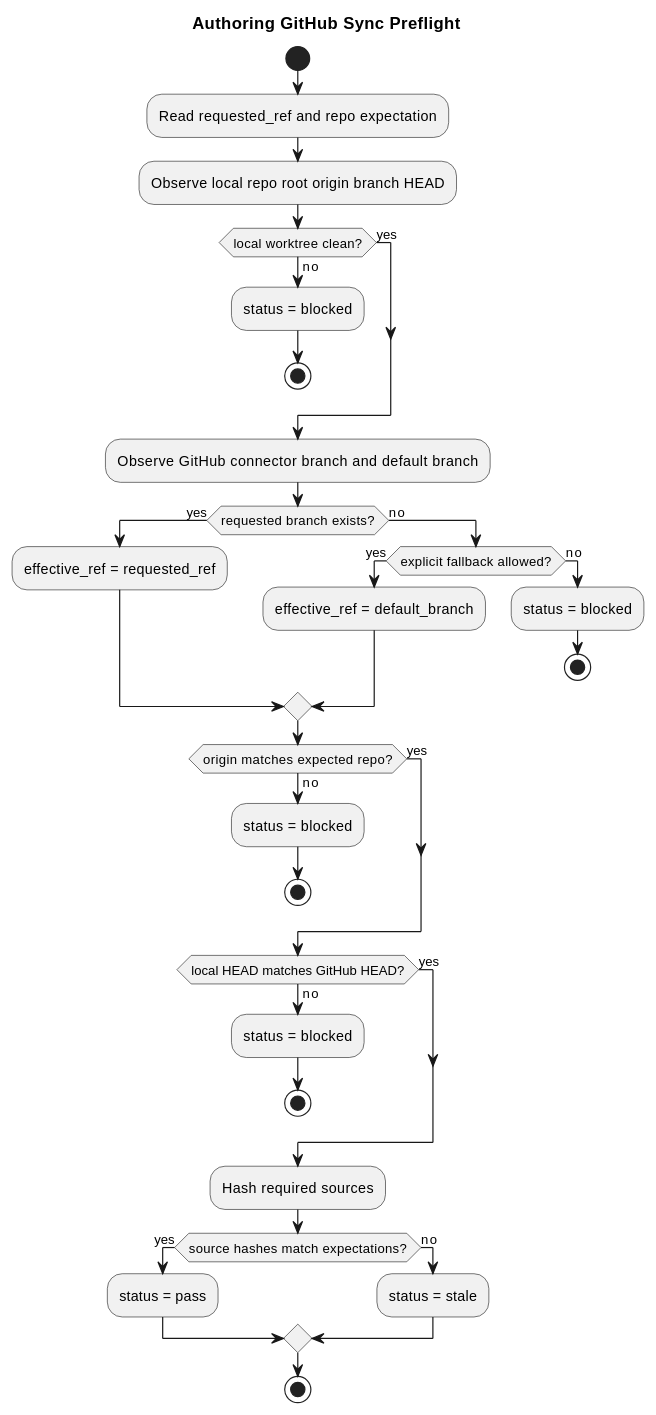
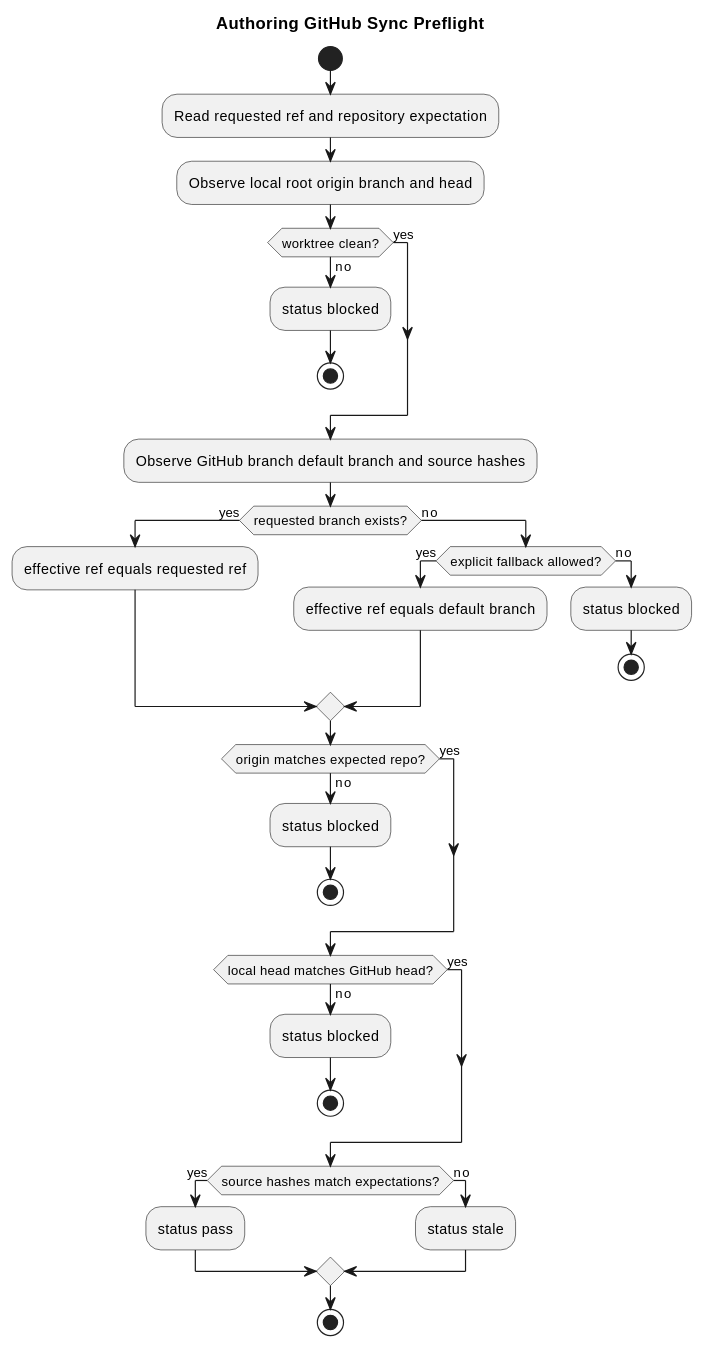
One commit to chemitaro/spec-dock changed the second of 4 diagrams in 00000-00999/epic-00295/design.md. Above: the diagram before and after it, drawn with PlantUML. The commit also changed other lines of this file and 45 other files, not shown here.

````diff
--- a/00000-00999/epic-00295/design.md
+++ b/00000-00999/epic-00295/design.md
@@ -335,48 +351,42 @@
 ```plantuml
 @startuml
 title Authoring GitHub Sync Preflight
 skinparam monochrome true
-hide footbox
 
 start
-:Read requested_ref and repo expectation;
-:Observe local repo root origin branch HEAD;
-if (local worktree clean?) then (yes)
+:Read requested ref and repository expectation;
+:Observe local root origin branch and head;
+if (worktree clean?) then (yes)
 else (no)
-  :status = blocked;
+  :status blocked;
   stop
 endif
-
-:Observe GitHub connector branch and default branch;
+:Observe GitHub branch default branch and source hashes;
 if (requested branch exists?) then (yes)
-  :effective_ref = requested_ref;
+  :effective ref equals requested ref;
 else (no)
   if (explicit fallback allowed?) then (yes)
-    :effective_ref = default_branch;
+    :effective ref equals default branch;
   else (no)
-    :status = blocked;
+    :status blocked;
     stop
   endif
 endif
-
 if (origin matches expected repo?) then (yes)
 else (no)
-  :status = blocked;
+  :status blocked;
   stop
 endif
-
-if (local HEAD matches GitHub HEAD?) then (yes)
+if (local head matches GitHub head?) then (yes)
 else (no)
-  :status = blocked;
+  :status blocked;
   stop
 endif
-
-:Hash required sources;
 if (source hashes match expectations?) then (yes)
-  :status = pass;
+  :status pass;
 else (no)
-  :status = stale;
+  :status stale;
 endif
 stop
 @enduml
 ```
````
